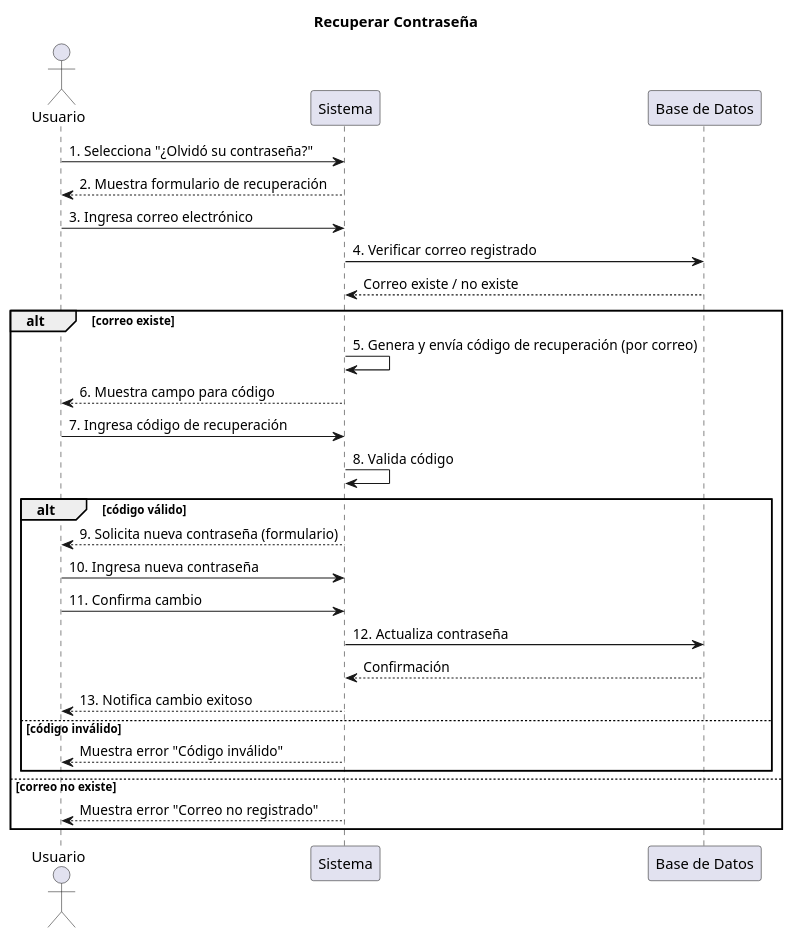
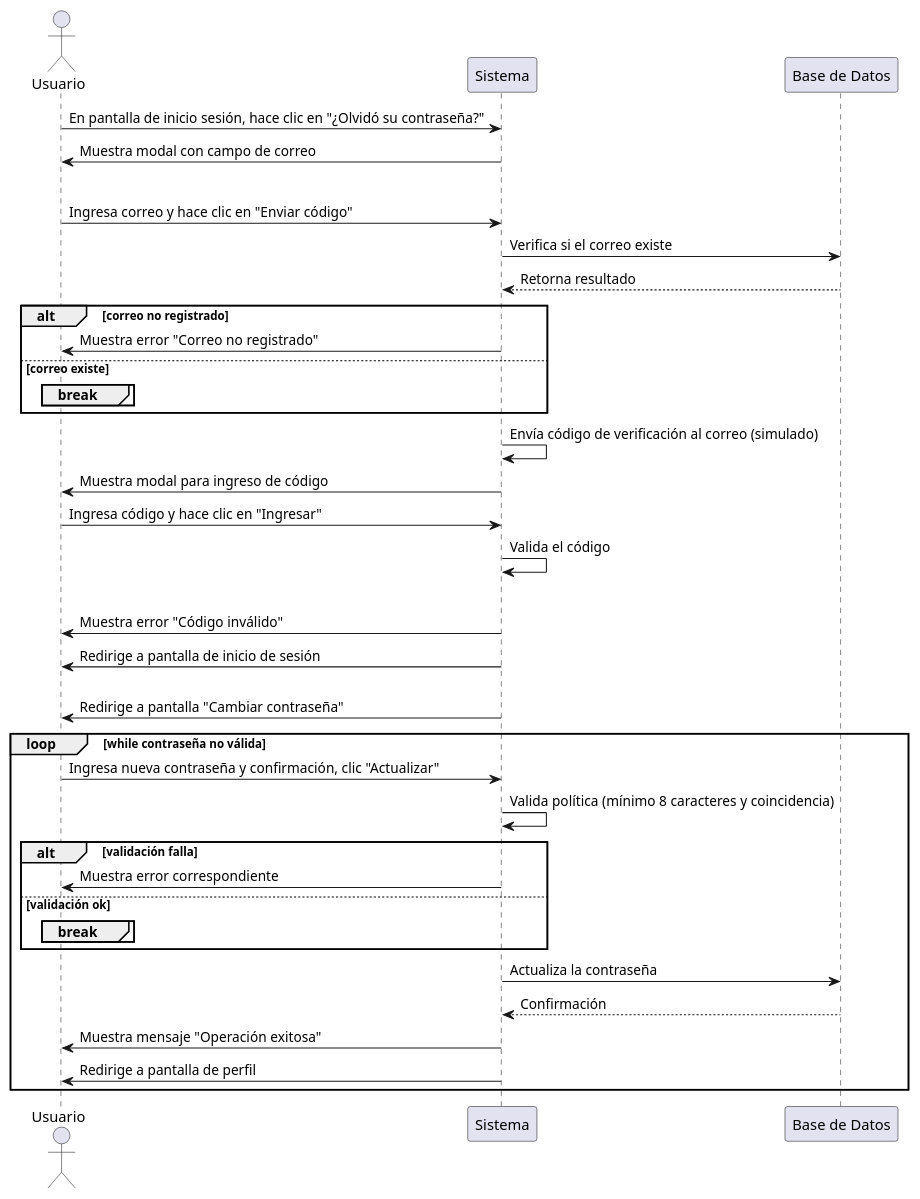
Before and after one commit to LauKnitIn/SISTEMA-GESTOR-DE-RECORRIDOS: the diagram in diagramas_modulo_autenticacion/secuencia-modulo-autenticacion/Secuencia_Recuperar_contraseña.puml, drawn with PlantUML. The commit also changed other lines of this file and 11 other files, not shown here.

Commit message:
Se modificaron los diagramas de secuencia y actividades del módulo de autenticación

```diff
--- a/diagramas_modulo_autenticacion/secuencia-modulo-autenticacion/Secuencia_Recuperar_contraseña.puml
+++ b/diagramas_modulo_autenticacion/secuencia-modulo-autenticacion/Secuencia_Recuperar_contraseña.puml
@@ -1,32 +1,44 @@
 @startuml
-title Recuperar Contraseña
-
 actor Usuario
-participant "Sistema" as Sistema
+participant "Sistema" as S
 participant "Base de Datos" as BD
 
-Usuario -> Sistema: 1. Selecciona "¿Olvidó su contraseña?"
-Sistema --> Usuario: 2. Muestra formulario de recuperación
-Usuario -> Sistema: 3. Ingresa correo electrónico
-Sistema -> BD: 4. Verificar correo registrado
-BD --> Sistema: Correo existe / no existe
+Usuario -> S: En pantalla de inicio sesión, hace clic en "¿Olvidó su contraseña?"
+S -> Usuario: Muestra modal con campo de correo
 
-alt correo existe
-    Sistema -> Sistema: 5. Genera y envía código de recuperación (por correo)
-    Sistema --> Usuario: 6. Muestra campo para código
-    Usuario -> Sistema: 7. Ingresa código de recuperación
-    Sistema -> Sistema: 8. Valida código
-    alt código válido
-        Sistema --> Usuario: 9. Solicita nueva contraseña (formulario)
-        Usuario -> Sistema: 10. Ingresa nueva contraseña
-        Usuario -> Sistema: 11. Confirma cambio
-        Sistema -> BD: 12. Actualiza contraseña
-        BD --> Sistema: Confirmación
-        Sistema --> Usuario: 13. Notifica cambio exitoso
-    else código inválido
-        Sistema --> Usuario: Muestra error "Código inválido"
+loop while correo no válido
+  Usuario -> S: Ingresa correo y hace clic en "Enviar código"
+  S -> BD: Verifica si el correo existe
+  BD --> S: Retorna resultado
+  alt correo no registrado
+    S -> Usuario: Muestra error "Correo no registrado"
+  else correo existe
+    break
+  end
+end
+
+S -> S: Envía código de verificación al correo (simulado)
+S -> Usuario: Muestra modal para ingreso de código
+
+Usuario -> S: Ingresa código y hace clic en "Ingresar"
+S -> S: Valida el código
+alt código inválido
+  S -> Usuario: Muestra error "Código inválido"
+  S -> Usuario: Redirige a pantalla de inicio de sesión
+else código válido
+  S -> Usuario: Redirige a pantalla "Cambiar contraseña"
+  loop while contraseña no válida
+    Usuario -> S: Ingresa nueva contraseña y confirmación, clic "Actualizar"
+    S -> S: Valida política (mínimo 8 caracteres y coincidencia)
+    alt validación falla
+      S -> Usuario: Muestra error correspondiente
+    else validación ok
+      break
     end
-else correo no existe
-    Sistema --> Usuario: Muestra error "Correo no registrado"
+  end
+  S -> BD: Actualiza la contraseña
+  BD --> S: Confirmación
+  S -> Usuario: Muestra mensaje "Operación exitosa"
+  S -> Usuario: Redirige a pantalla de perfil
 end
 @enduml
```
